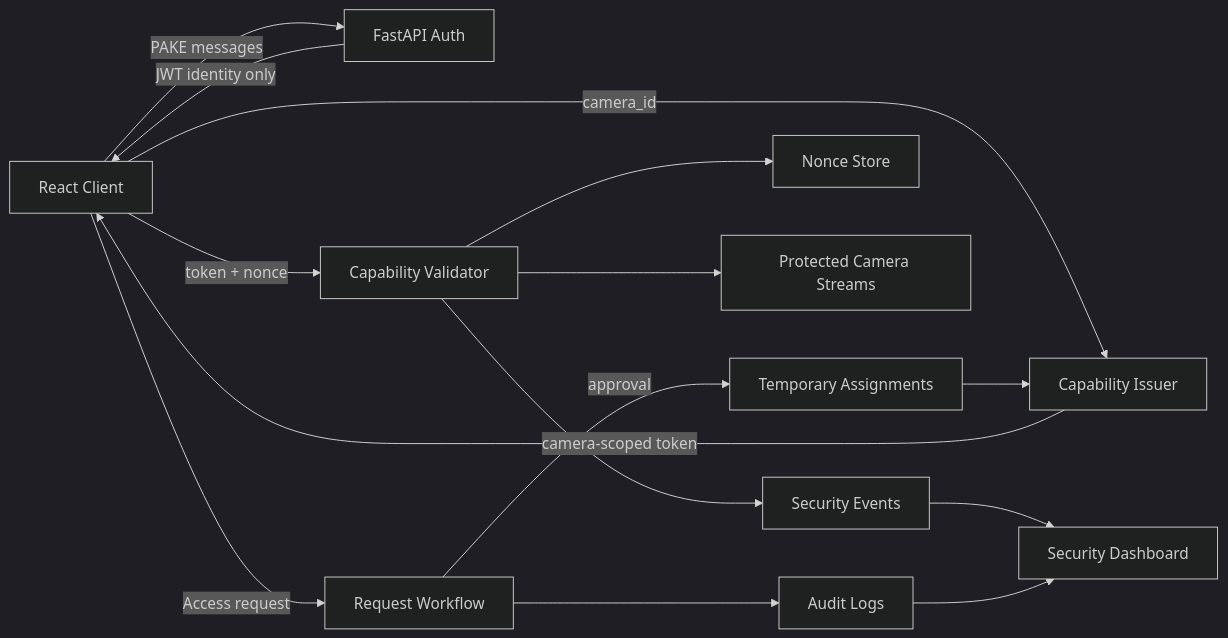
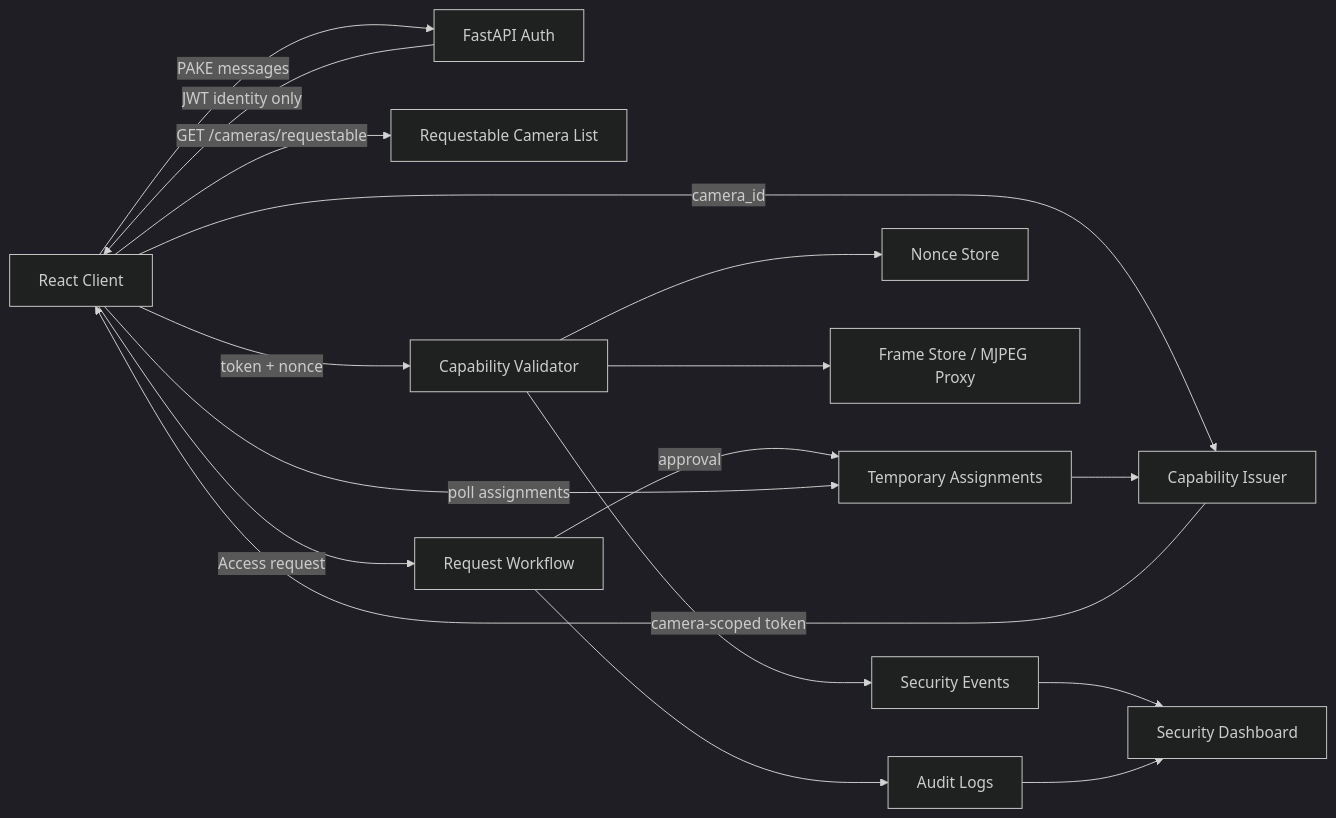
Before and after one commit to NikhilParashuramBakale/NPS: the fifth of 5 diagrams in docs/DIAGRAMS.md, drawn with Mermaid (dark theme). The commit also changed other lines of this file and 4 other files, not shown here.

````diff
--- a/docs/DIAGRAMS.md
+++ b/docs/DIAGRAMS.md
@@ -115,17 +152,19 @@
 ```mermaid
 flowchart LR
   Browser["React Client"] -->|"PAKE messages"| Auth["FastAPI Auth"]
   Auth -->|"JWT identity only"| Browser
+  Browser -->|"GET /cameras/requestable"| RequestList["Requestable Camera List"]
   Browser -->|"Access request"| Workflow["Request Workflow"]
   Workflow -->|"approval"| Assignments["Temporary Assignments"]
+  Browser -->|"poll assignments"| Assignments
   Browser -->|"camera_id"| Capabilities["Capability Issuer"]
   Assignments --> Capabilities
   Capabilities -->|"camera-scoped token"| Browser
   Browser -->|"token + nonce"| Validator["Capability Validator"]
   Validator --> Nonces["Nonce Store"]
-  Validator --> Streams["Protected Camera Streams"]
+  Validator --> Frames["Frame Store / MJPEG Proxy"]
   Validator --> Events["Security Events"]
   Workflow --> Audit["Audit Logs"]
   Events --> Dashboard["Security Dashboard"]
   Audit --> Dashboard
 ```
````
